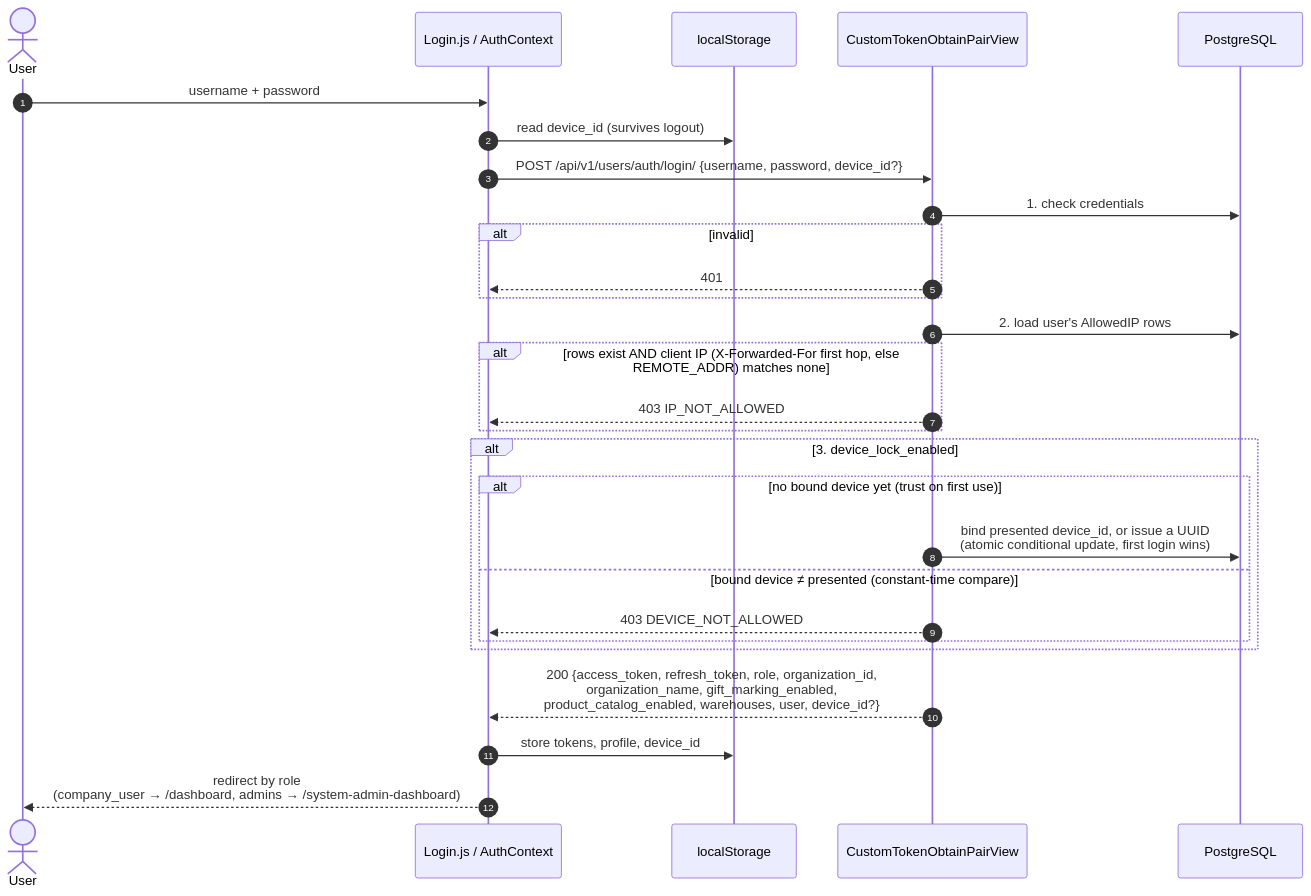
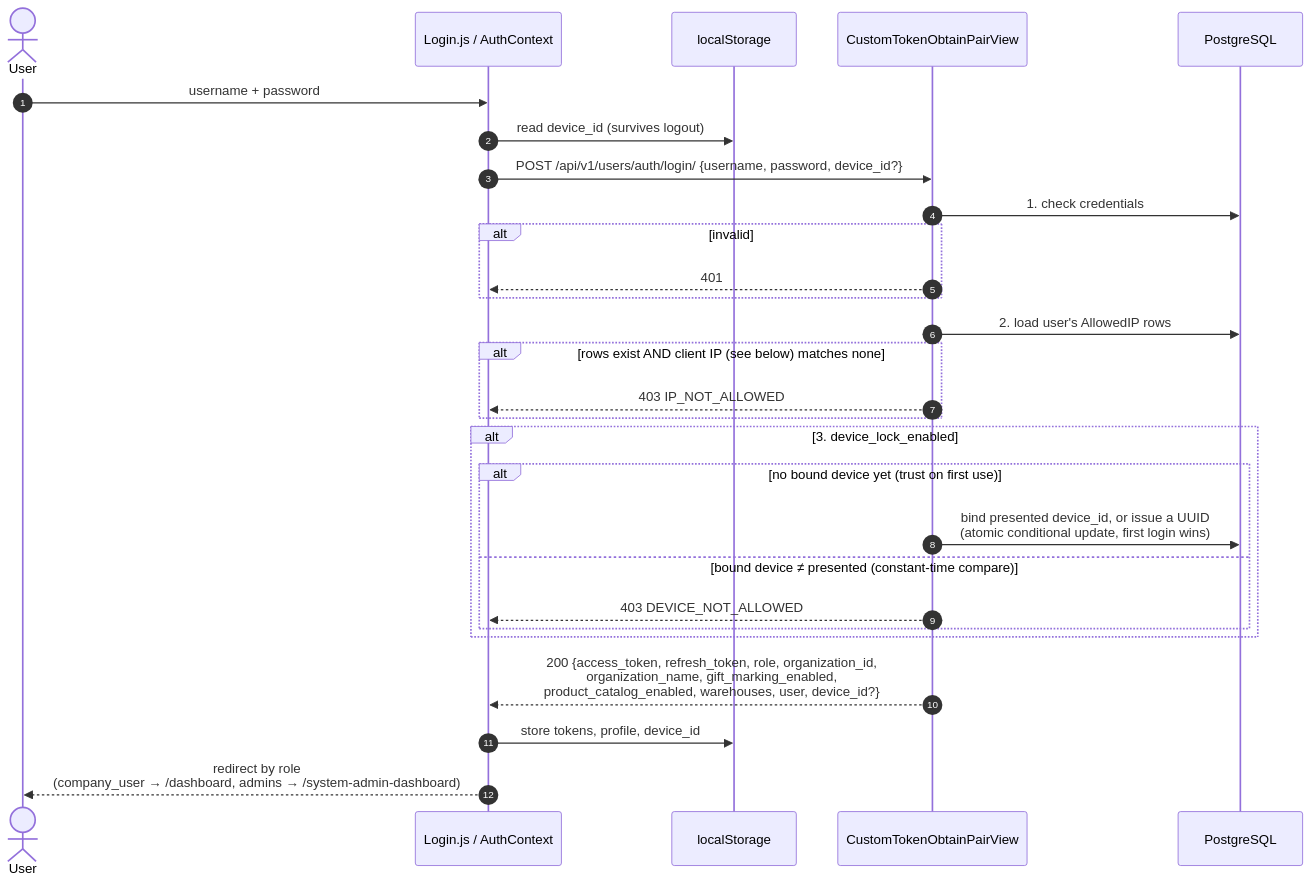
Before and after one commit to Iknow-dot/barcode-scanner-app: the first of 3 diagrams in docs/architecture/04-authentication.md, drawn with Mermaid. The commit also changed other lines of this file and 9 other files, not shown here.

First line of the commit message:
fix(backend): stop trusting the client-written X-Forwarded-For entry

````diff
--- a/docs/architecture/04-authentication.md
+++ b/docs/architecture/04-authentication.md
@@ -9,35 +9,35 @@
 ```mermaid
 sequenceDiagram
     autonumber
     actor U as User
     participant FE as Login.js / AuthContext
     participant LS as localStorage
     participant API as CustomTokenObtainPairView
     participant DB as PostgreSQL
 
     U->>FE: username + password
     FE->>LS: read device_id (survives logout)
     FE->>API: POST /api/v1/users/auth/login/ {username, password, device_id?}
 
     API->>DB: 1. check credentials
     alt invalid
         API-->>FE: 401
     end
 
     API->>DB: 2. load user's AllowedIP rows
-    alt rows exist AND client IP (X-Forwarded-For first hop, else REMOTE_ADDR) matches none
+    alt rows exist AND client IP (see below) matches none
         API-->>FE: 403 IP_NOT_ALLOWED
     end
 
     alt 3. device_lock_enabled
         alt no bound device yet (trust on first use)
             API->>DB: bind presented device_id, or issue a UUID<br/>(atomic conditional update, first login wins)
         else bound device ≠ presented (constant-time compare)
             API-->>FE: 403 DEVICE_NOT_ALLOWED
         end
     end
 
     API-->>FE: 200 {access_token, refresh_token, role, organization_id,<br/>organization_name, gift_marking_enabled,<br/>product_catalog_enabled, warehouses, user, device_id?}
     FE->>LS: store tokens, profile, device_id
     FE-->>U: redirect by role<br/>(company_user → /dashboard, admins → /system-admin-dashboard)
 ```
````
